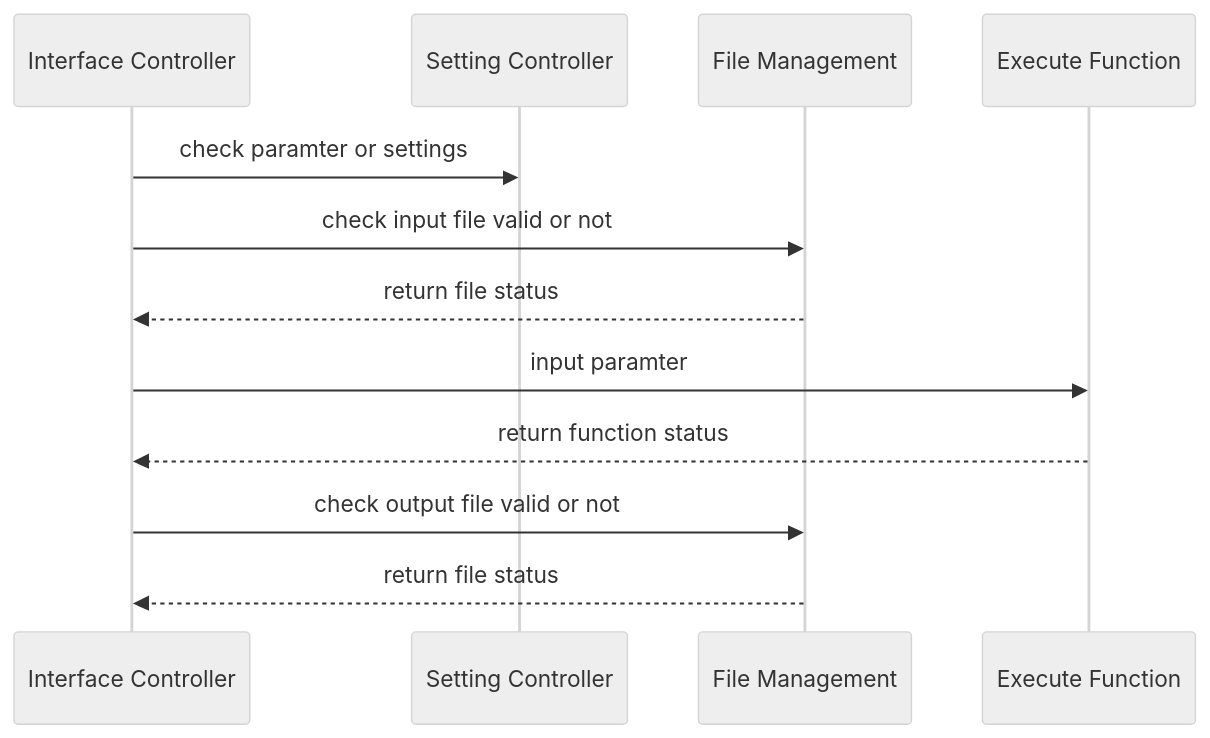
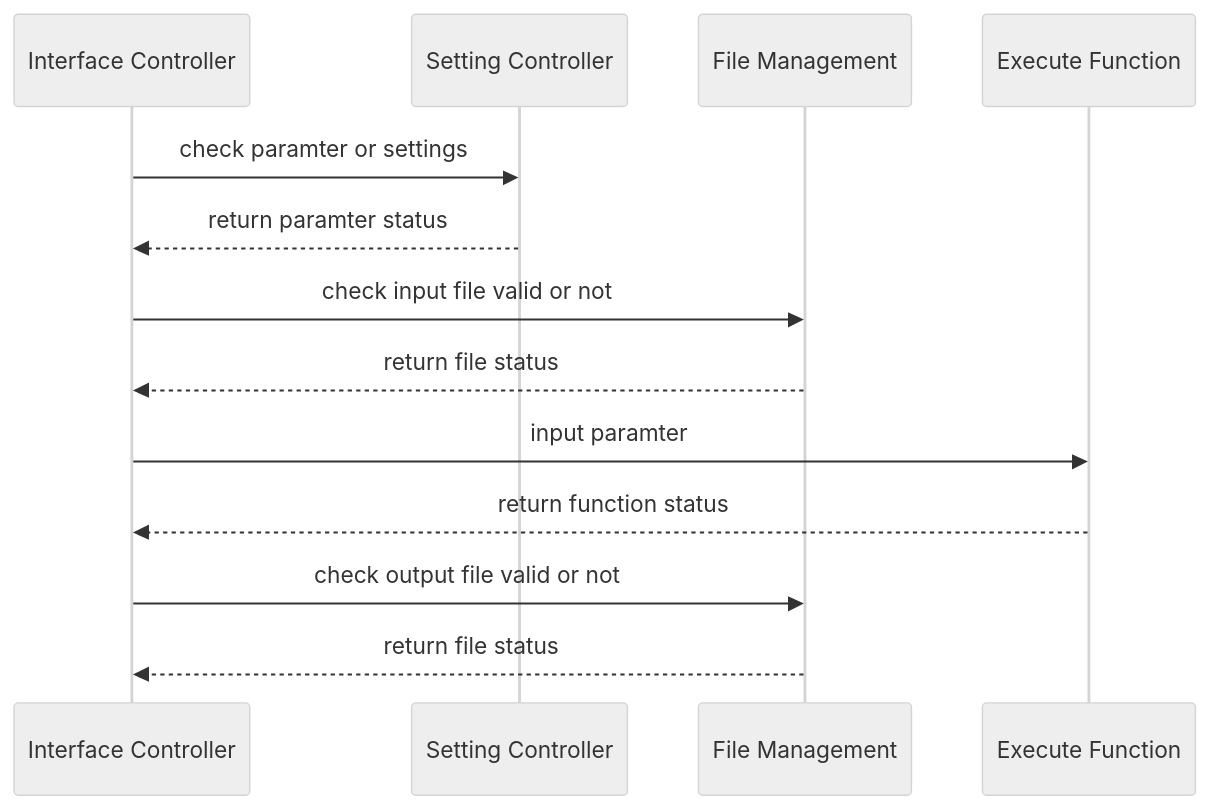
One commit to xiaojian-w/Gene-Regulatory-Networks-Construction changed the first of 2 diagrams in design.md. Above: the diagram before and after it, drawn with Mermaid (neutral theme). The commit also changed other lines of this file, not shown here.

````diff
--- a/design.md
+++ b/design.md
@@ -148,13 +146,13 @@
 ```mermaid
 sequenceDiagram
 Interface Controller ->> Setting Controller: check paramter or settings 
-
+Setting Controller -->> Interface Controller: return paramter status
 Interface Controller ->> File Management: check input file valid or not
 File Management -->> Interface Controller: return file status
 Interface Controller ->> Execute Function: input paramter
 Execute Function -->> Interface Controller: return function status
 
 Interface Controller ->> File Management: check output file valid or not
 
 File Management -->> Interface Controller: return file status
 ```
````
